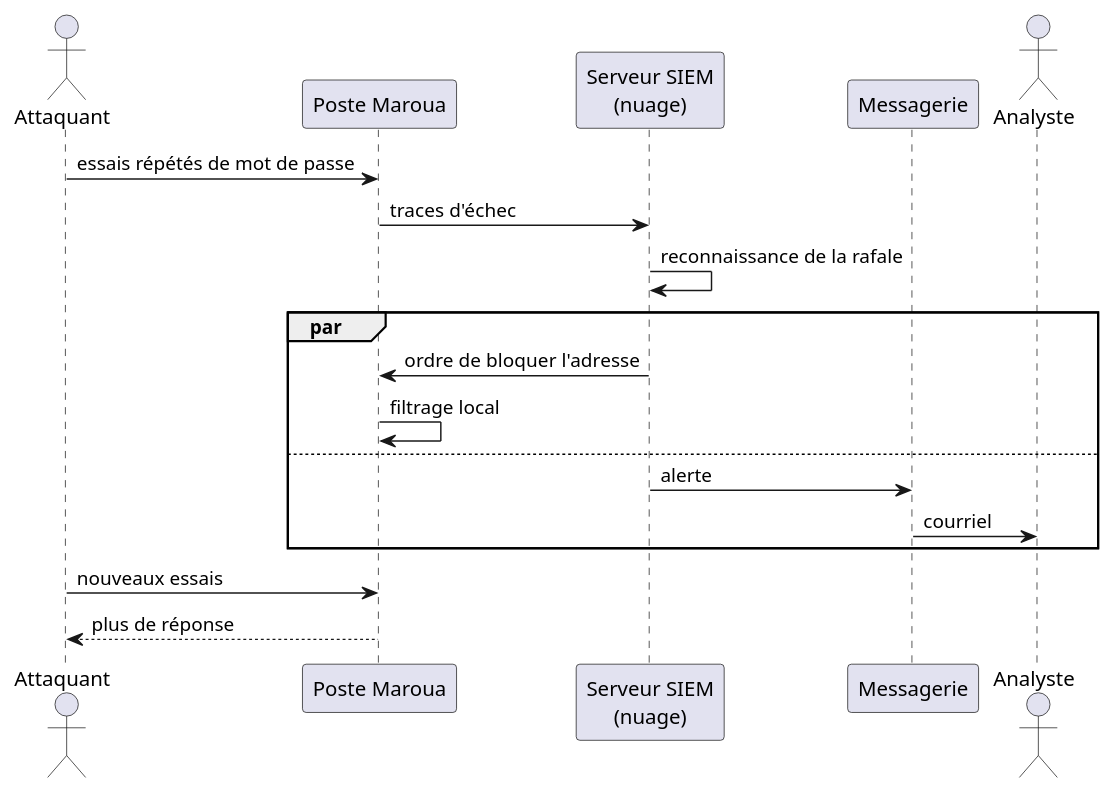
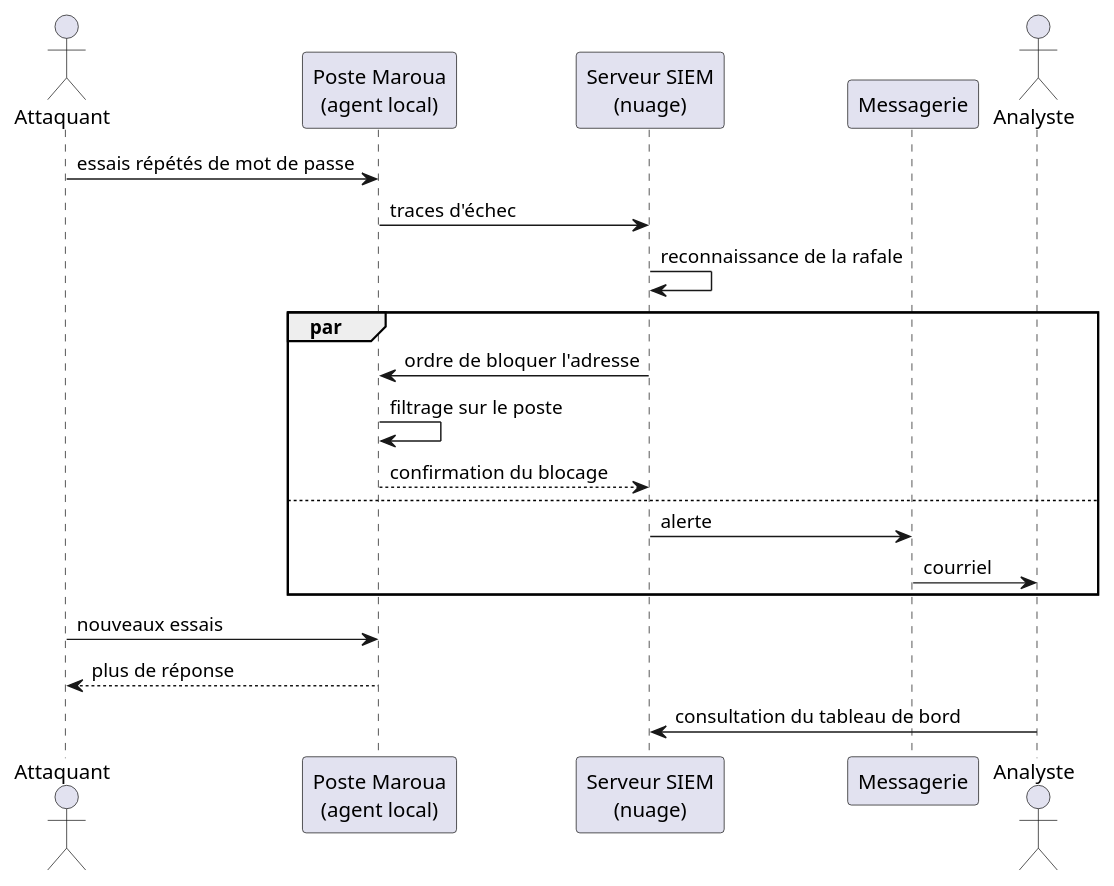
One commit to nklorenzo/wazuh-cloud-deployment-pipeline changed the second of 3 diagrams in rapport/chapitre-3.md. Above: the diagram before and after it, drawn with PlantUML. The commit also changed other lines of this file, not shown here.

First line of the commit message:
docs: réécrire le chapitre 3 (12 p., grammaire de dépendance, séquence UML)

````diff
--- a/rapport/chapitre-3.md
+++ b/rapport/chapitre-3.md
@@ -156,22 +151,26 @@
 ```plantuml
 @startuml
 actor "Attaquant" as A
-participant "Poste Maroua" as P
+participant "Poste Maroua\n(agent local)" as P
 participant "Serveur SIEM\n(nuage)" as S
 participant "Messagerie" as M
 actor "Analyste" as An
 
 A -> P : essais répétés de mot de passe
 P -> S : traces d'échec
 S -> S : reconnaissance de la rafale
+
 par
   S -> P : ordre de bloquer l'adresse
-  P -> P : filtrage local
+  P -> P : filtrage sur le poste
+  P --> S : confirmation du blocage
 else
   S -> M : alerte
   M -> An : courriel
 end
+
 A -> P : nouveaux essais
 P --> A : plus de réponse
+An -> S : consultation du tableau de bord
 @enduml
 ```
````
